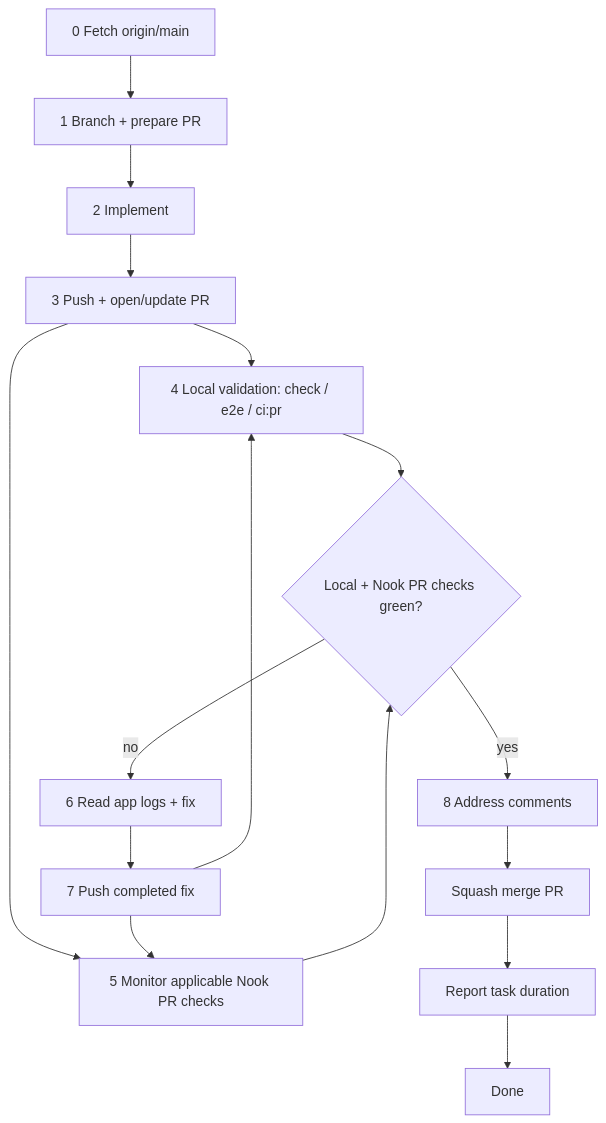
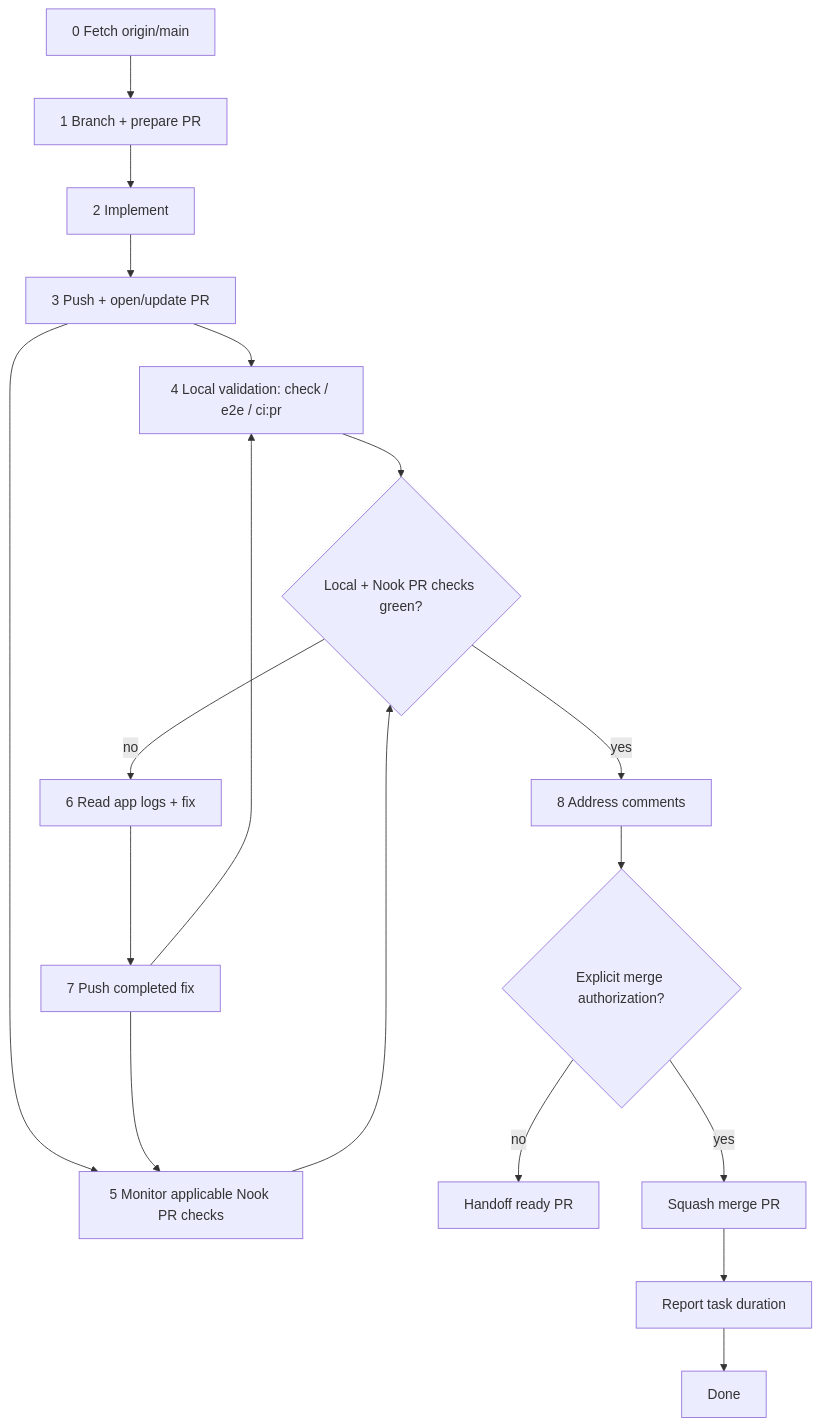
One commit to meta-secret/nook changed the diagram in .cortex/workflows/pull-requests.md. Above: the diagram before and after it, drawn with Mermaid. The commit also changed other lines of this file and 25 other files, not shown here.

````diff
--- a/.cortex/workflows/pull-requests.md
+++ b/.cortex/workflows/pull-requests.md
@@ -55,18 +53,20 @@
 ```mermaid
 flowchart TD
   Z[0 Fetch origin/main] --> A[1 Branch + prepare PR]
   A --> I[2 Implement]
   I --> E[3 Push + open/update PR]
   E --> B[4 Local validation: check / e2e / ci:pr]
   E --> F[5 Monitor applicable Nook PR checks]
   B --> G{Local + Nook PR checks green?}
   F --> G
   G -->|no| H[6 Read app logs + fix]
   H --> PUSH[7 Push completed fix]
   PUSH --> B
   PUSH --> F
   G -->|yes| C[8 Address comments]
-  C --> M[Squash merge PR]
+  C --> AUTH{Explicit merge authorization?}
+  AUTH -->|no| HANDOFF[Handoff ready PR]
+  AUTH -->|yes| M[Squash merge PR]
   M --> J[Report task duration]
   J --> K[Done]
 ```
````
